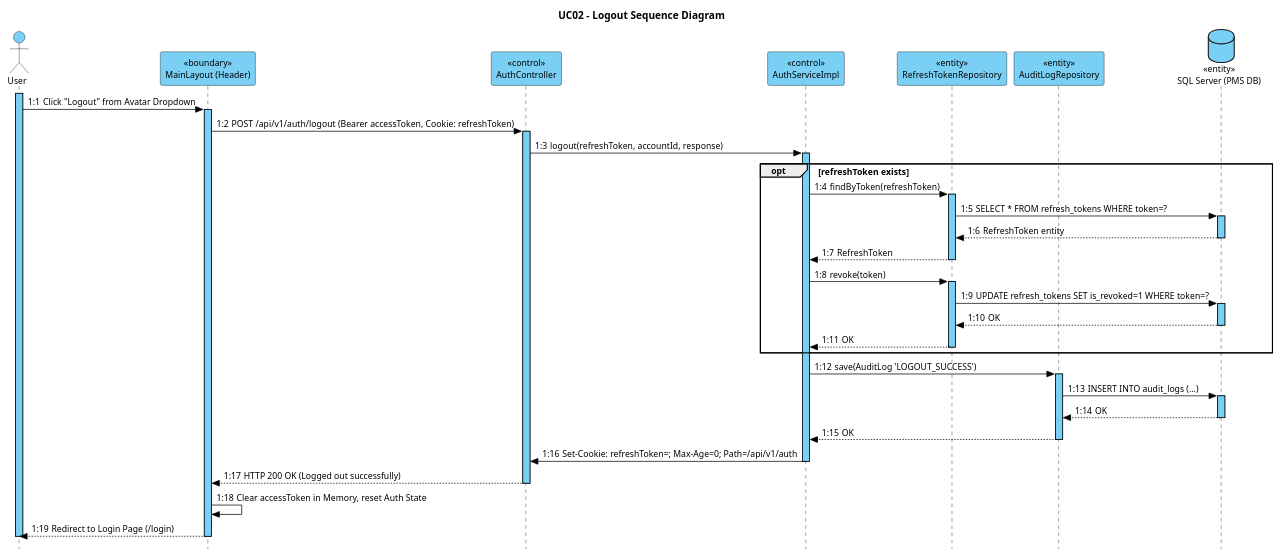
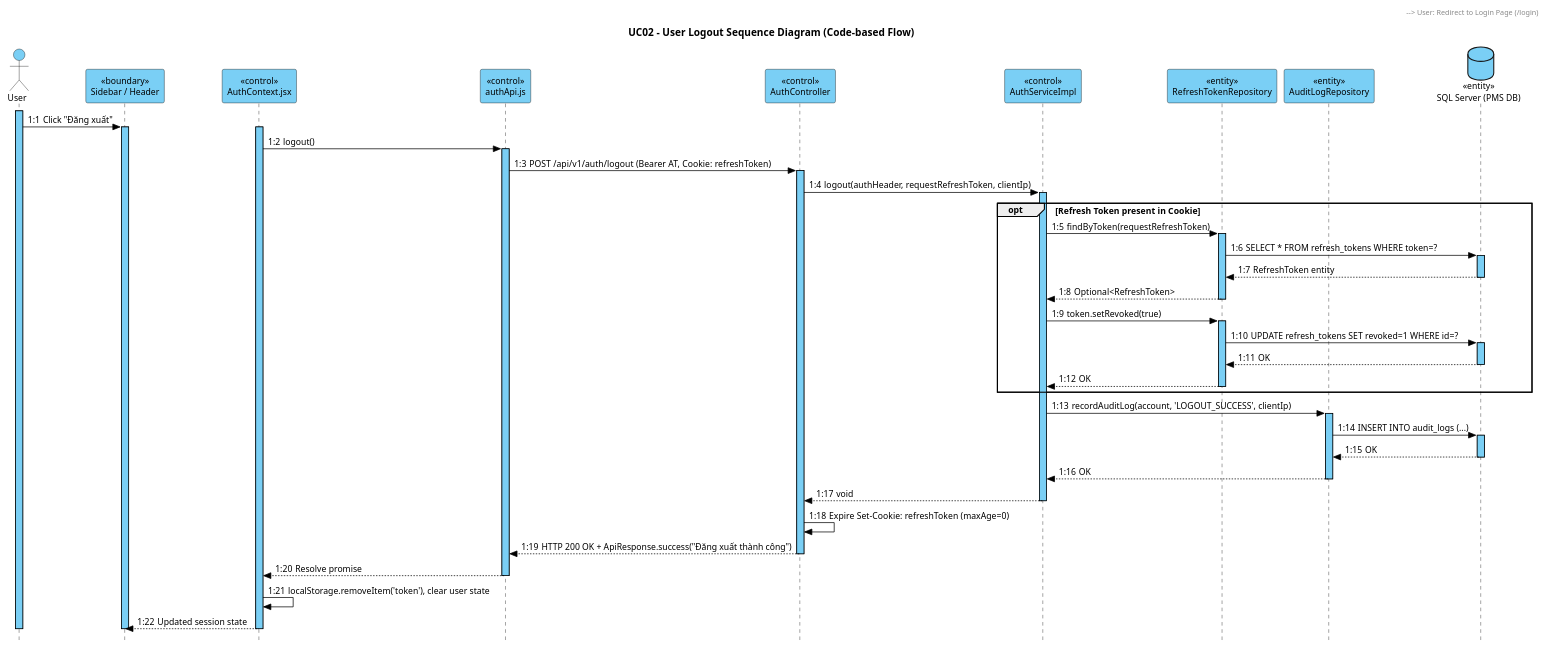
The diagram in TaiLieu_SRS_SDS/SDS/SequenceDiagrams/01_Authentication/SQ02_Logout.puml (TuanNam1121/PharmacyManagementSystem), drawn with PlantUML before and after one commit. The commit also changed 31 other files, not shown here.

Commit message:
docs: regenerate all 16 plantuml sequence diagrams directly from FE to BE code flow

```diff
--- a/TaiLieu_SRS_SDS/SDS/SequenceDiagrams/01_Authentication/SQ02_Logout.puml
+++ b/TaiLieu_SRS_SDS/SDS/SequenceDiagrams/01_Authentication/SQ02_Logout.puml
@@ -1,82 +1,96 @@
 @startuml SQ02_Logout
-title UC02 - Logout Sequence Diagram
+title UC02 - User Logout Sequence Diagram (Code-based Flow)
 autonumber "1:"
 skinparam style strictuml
 skinparam sequenceMessageAlign left
 skinparam defaultFontName Arial
 skinparam defaultFontSize 12
 
 skinparam sequence {
     LifeLineBorderColor #000000
     LifeLineBackgroundColor #7ACFF5
     ParticipantBorderColor #000000
     ParticipantBackgroundColor #7ACFF5
     ParticipantFontColor #000000
     ParticipantFontSize 12
     ActorBorderColor #000000
     ActorBackgroundColor #7ACFF5
     ActorFontColor #000000
     ArrowColor #000000
     ArrowFontColor #000000
     GroupBorderColor #000000
 }
 
 actor "User" as User #7ACFF5
-participant "<<boundary>>\nMainLayout (Header)" as MainLayout #7ACFF5
+participant "<<boundary>>\nSidebar / Header" as Header #7ACFF5
+participant "<<control>>\nAuthContext.jsx" as AuthContext #7ACFF5
+participant "<<control>>\nauthApi.js" as AuthApi #7ACFF5
 participant "<<control>>\nAuthController" as AuthController #7ACFF5
 participant "<<control>>\nAuthServiceImpl" as AuthServiceImpl #7ACFF5
 participant "<<entity>>\nRefreshTokenRepository" as RefreshTokenRepo #7ACFF5
 participant "<<entity>>\nAuditLogRepository" as AuditLogRepo #7ACFF5
 database "<<entity>>\nSQL Server (PMS DB)" as DB #7ACFF5
 
 activate User #7ACFF5
-User -> MainLayout: Click "Logout" from Avatar Dropdown
-activate MainLayout #7ACFF5
+User -> Header: Click "Đăng xuất"
+activate Header #7ACFF5
 
-MainLayout -> AuthController: POST /api/v1/auth/logout (Bearer accessToken, Cookie: refreshToken)
+Header -> AuthContext: logout()
+activate AuthContext #7ACFF5
+
+AuthContext -> AuthApi: logout()
+activate AuthApi #7ACFF5
+
+AuthApi -> AuthController: POST /api/v1/auth/logout (Bearer AT, Cookie: refreshToken)
 activate AuthController #7ACFF5
 
-AuthController -> AuthServiceImpl: logout(refreshToken, accountId, response)
+AuthController -> AuthServiceImpl: logout(authHeader, requestRefreshToken, clientIp)
 activate AuthServiceImpl #7ACFF5
 
-opt refreshToken exists
-    AuthServiceImpl -> RefreshTokenRepo: findByToken(refreshToken)
+opt Refresh Token present in Cookie
+    AuthServiceImpl -> RefreshTokenRepo: findByToken(requestRefreshToken)
     activate RefreshTokenRepo #7ACFF5
     RefreshTokenRepo -> DB: SELECT * FROM refresh_tokens WHERE token=?
     activate DB #7ACFF5
     DB --> RefreshTokenRepo: RefreshToken entity
     deactivate DB
-    RefreshTokenRepo --> AuthServiceImpl: RefreshToken
+    RefreshTokenRepo --> AuthServiceImpl: Optional<RefreshToken>
     deactivate RefreshTokenRepo
 
-    AuthServiceImpl -> RefreshTokenRepo: revoke(token)
+    AuthServiceImpl -> RefreshTokenRepo: token.setRevoked(true)
     activate RefreshTokenRepo #7ACFF5
-    RefreshTokenRepo -> DB: UPDATE refresh_tokens SET is_revoked=1 WHERE token=?
+    RefreshTokenRepo -> DB: UPDATE refresh_tokens SET revoked=1 WHERE id=?
     activate DB #7ACFF5
     DB --> RefreshTokenRepo: OK
     deactivate DB
     RefreshTokenRepo --> AuthServiceImpl: OK
     deactivate RefreshTokenRepo
 end
 
-AuthServiceImpl -> AuditLogRepo: save(AuditLog 'LOGOUT_SUCCESS')
+AuthServiceImpl -> AuditLogRepo: recordAuditLog(account, 'LOGOUT_SUCCESS', clientIp)
 activate AuditLogRepo #7ACFF5
 AuditLogRepo -> DB: INSERT INTO audit_logs (...)
 activate DB #7ACFF5
 DB --> AuditLogRepo: OK
 deactivate DB
 AuditLogRepo --> AuthServiceImpl: OK
 deactivate AuditLogRepo
 
-AuthServiceImpl -> AuthController: Set-Cookie: refreshToken=; Max-Age=0; Path=/api/v1/auth
+AuthServiceImpl --> AuthController: void
 deactivate AuthServiceImpl
 
-AuthController --> MainLayout: HTTP 200 OK (Logged out successfully)
+AuthController -> AuthController: Expire Set-Cookie: refreshToken (maxAge=0)
+AuthController --> AuthApi: HTTP 200 OK + ApiResponse.success("Đăng xuất thành công")
 deactivate AuthController
 
-MainLayout -> MainLayout: Clear accessToken in Memory, reset Auth State
-MainLayout --> User: Redirect to Login Page (/login)
+AuthApi --> AuthContext: Resolve promise
+deactivate AuthApi
 
-deactivate MainLayout
+AuthContext -> AuthContext: localStorage.removeItem('token'), clear user state
+AuthContext --> Header: Updated session state
+deactivate AuthContext
+
+Header --> User: Redirect to Login Page (/login)
+deactivate Header
 deactivate User
 @enduml
```
